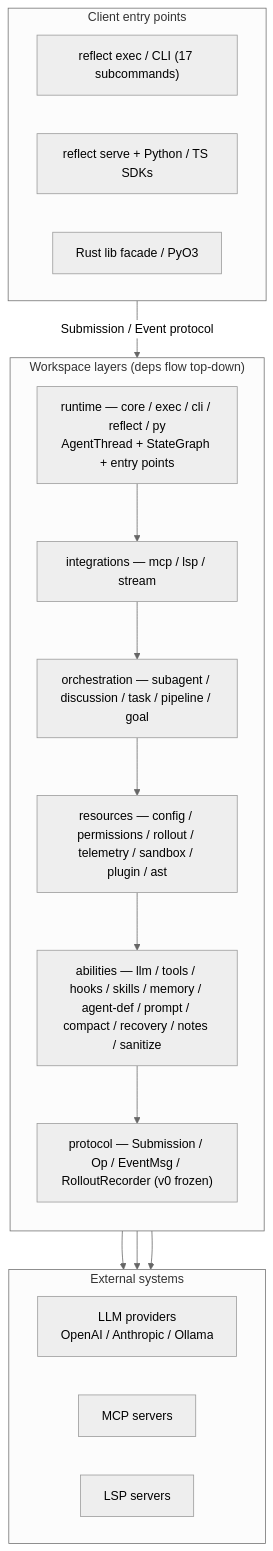
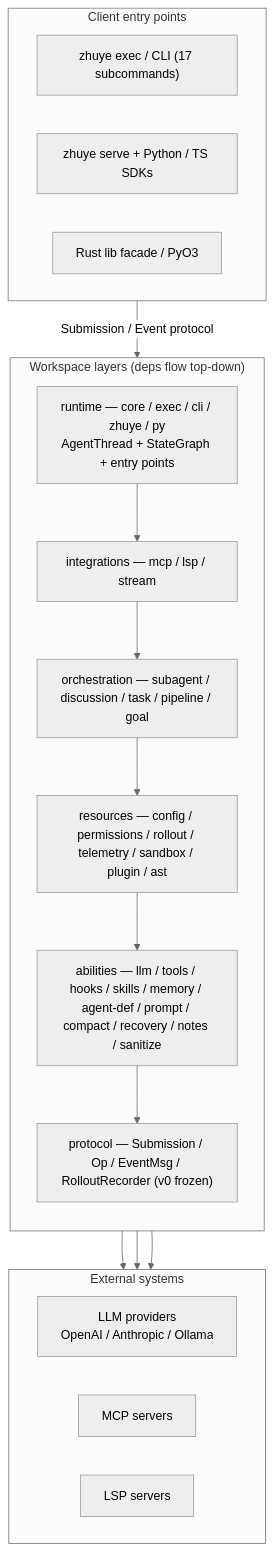
Before and after one commit to Asketisch/Reflect-Agent: the first of 2 diagrams in README_EN.md, drawn with Mermaid (neutral theme). The commit also changed other lines of this file and 1007 other files, not shown here.

````diff
--- a/README_EN.md
+++ b/README_EN.md
@@ -59,36 +59,36 @@
 ```mermaid
 flowchart TB
     subgraph clients["Client entry points"]
         direction LR
-        EXEC["reflect exec / CLI (17 subcommands)"]
-        SERVE["reflect serve + Python / TS SDKs"]
+        EXEC["zhuye exec / CLI (17 subcommands)"]
+        SERVE["zhuye serve + Python / TS SDKs"]
         LIB["Rust lib facade / PyO3"]
     end
 
     subgraph layers["Workspace layers (deps flow top-down)"]
         direction TB
-        RT["runtime — core / exec / cli / reflect / py<br/>AgentThread + StateGraph + entry points"]
+        RT["runtime — core / exec / cli / zhuye / py<br/>AgentThread + StateGraph + entry points"]
         IG["integrations — mcp / lsp / stream"]
         ORCH["orchestration — subagent / discussion / task / pipeline / goal"]
         RES["resources — config / permissions / rollout / telemetry / sandbox / plugin / ast"]
         AB["abilities — llm / tools / hooks / skills / memory / agent-def / prompt / compact / recovery / notes / sanitize"]
         PR["protocol — Submission / Op / EventMsg / RolloutRecorder (v0 frozen)"]
         RT --> IG
         IG --> ORCH
         ORCH --> RES
         RES --> AB
         AB --> PR
     end
 
     subgraph external["External systems"]
         direction LR
         LLM["LLM providers<br/>OpenAI / Anthropic / Ollama"]
         MCP["MCP servers"]
         LSP["LSP servers"]
     end
 
     clients -->|"Submission / Event protocol"| RT
     RT --> LLM
     IG --> MCP
     IG --> LSP
 ```
````
